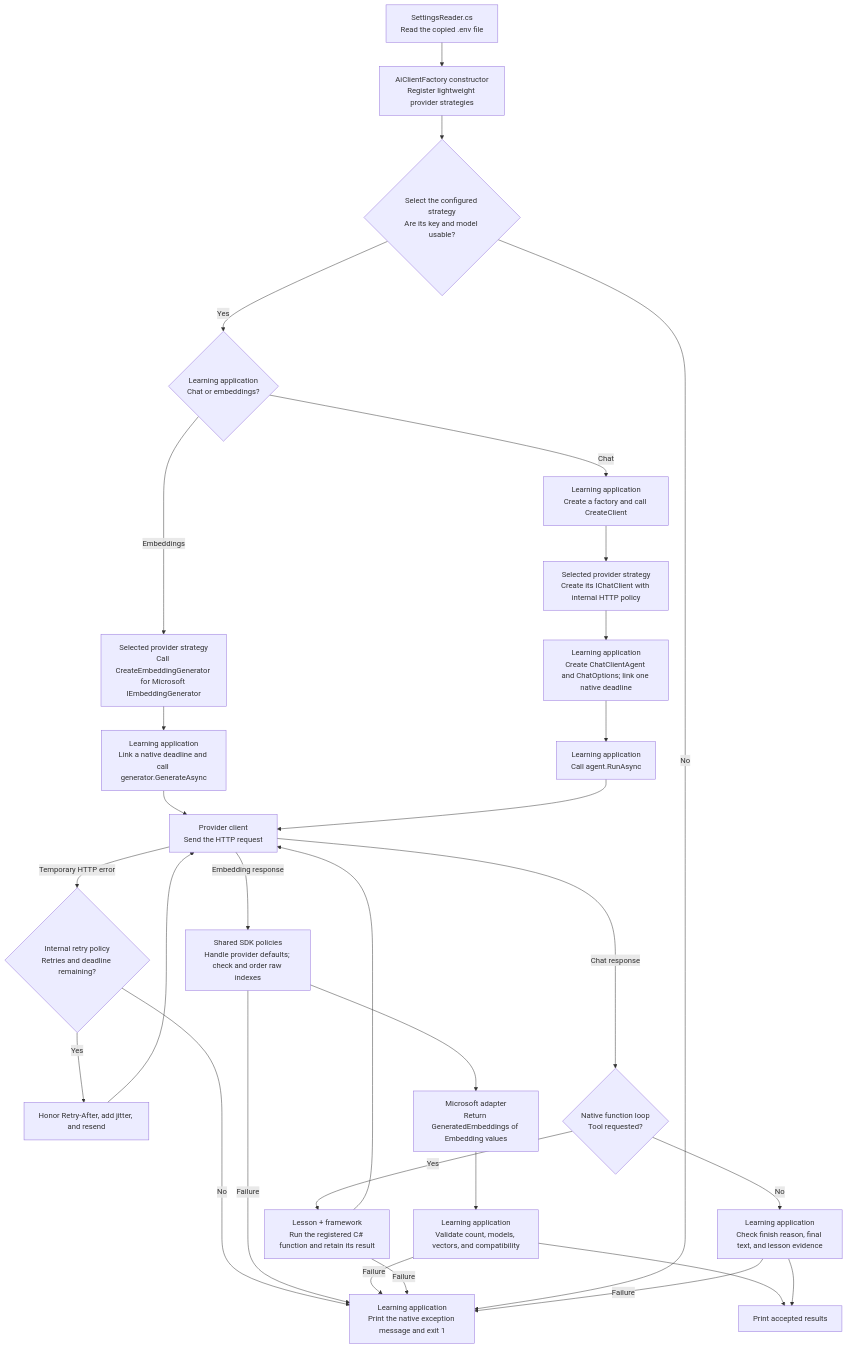
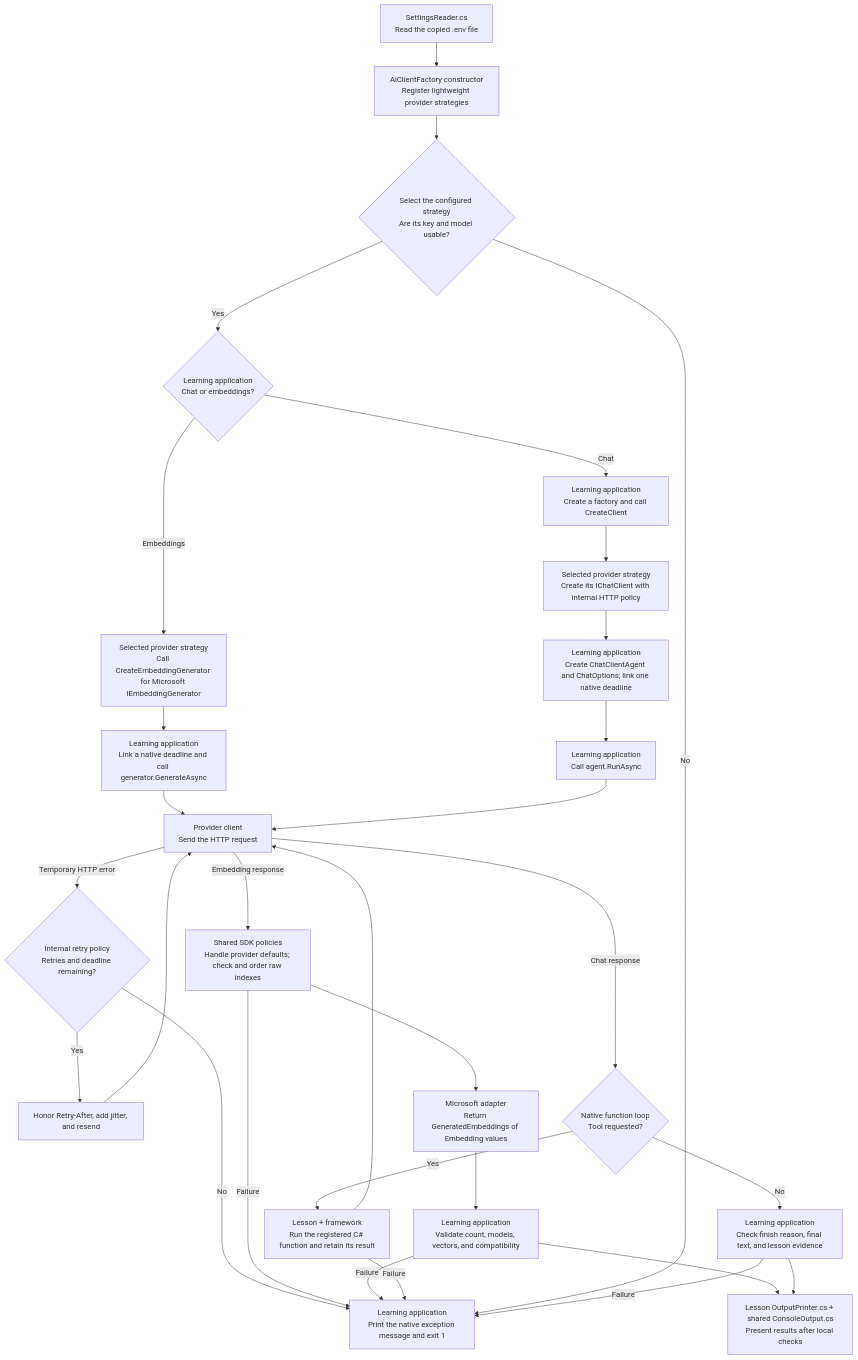
One commit to KhosroPakmanesh/ai-engineering-training changed the diagram in shared/shared/README.md. Above: the diagram before and after it, drawn with Mermaid. The commit also changed other lines of this file and 22 other files, not shown here.

Commit message:
Add lesson output printers and shared console formatting

````diff
--- a/shared/shared/README.md
+++ b/shared/shared/README.md
@@ -21,32 +22,32 @@
 ```mermaid
 flowchart TD
     A["SettingsReader.cs<br/>Read the copied .env file"] --> B["AiClientFactory constructor<br/>Register lightweight provider strategies"]
     B --> C{"Select the configured strategy<br/>Are its key and model usable?"}
     C -->|Yes| K{"Learning application<br/>Chat or embeddings?"}
     K -->|Chat| D["Learning application<br/>Create a factory and call CreateClient"]
     K -->|Embeddings| BE["Selected provider strategy<br/>Call CreateEmbeddingGenerator for Microsoft IEmbeddingGenerator"]
     BE --> BR["Learning application<br/>Link a native deadline and call generator.GenerateAsync"]
     BR --> H
     D --> E["Selected provider strategy<br/>Create its IChatClient with internal HTTP policy"]
     E --> F["Learning application<br/>Create ChatClientAgent and ChatOptions; link one native deadline"]
     F --> G["Learning application<br/>Call agent.RunAsync"]
     G --> H["Provider client<br/>Send the HTTP request"]
     H -->|Temporary HTTP error| R{"Internal retry policy<br/>Retries and deadline remaining?"}
     R -->|Yes| W["Honor Retry-After, add jitter, and resend"]
     W --> H
     R -->|No| X["Learning application<br/>Print the native exception message and exit 1"]
     H -->|Embedding response| BO["Shared SDK policies<br/>Handle provider defaults; check and order raw indexes"]
     BO --> BA["Microsoft adapter<br/>Return GeneratedEmbeddings of Embedding values"]
     BA --> BV["Learning application<br/>Validate count, models, vectors, and compatibility"]
     BO -->|Failure| X
     BV --> P
     BV -->|Failure| X
     H -->|Chat response| T{"Native function loop<br/>Tool requested?"}
     T -->|Yes| U["Lesson + framework<br/>Run the registered C# function and retain its result"]
     U --> H
     U -->|Failure| X
     T -->|No| V["Learning application<br/>Check finish reason, final text, and lesson evidence"]
-    V --> P["Print accepted results"]
+    V --> P["Lesson OutputPrinter.cs + shared ConsoleOutput.cs<br/>Present results after local checks"]
     C -->|No| X
     V -->|Failure| X
 ```
````
